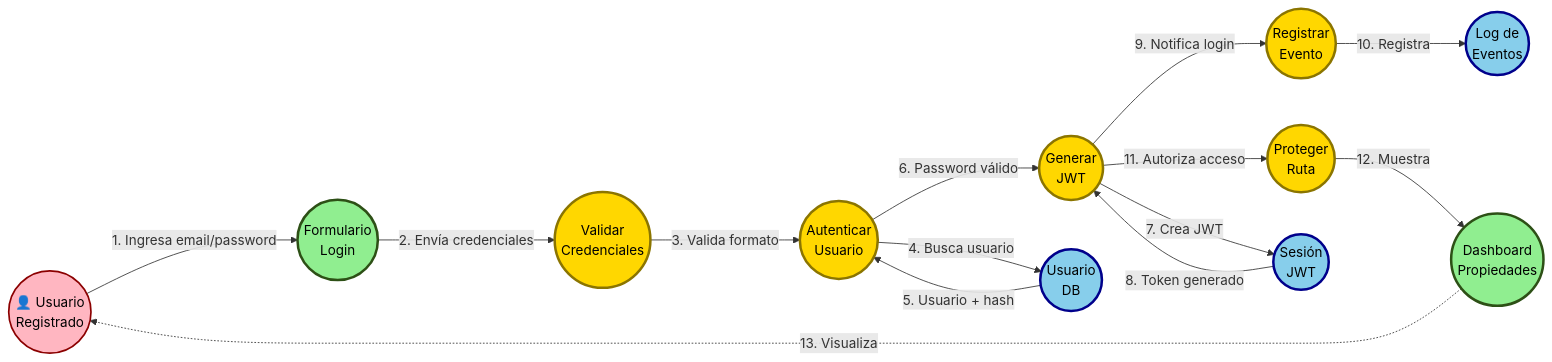
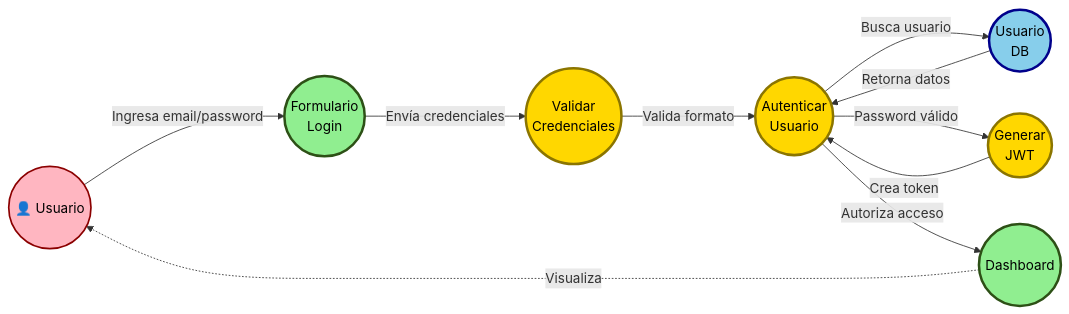
Before and after one commit to cgala/TFI_HybridParking: the second of 5 diagrams in diagrama-robustez-uml.md, drawn with Mermaid. The commit also changed other lines of this file and 1 other file, not shown here.

First line of the commit message:
Refactor: Optimizar diagramas de robustez UML

````diff
--- a/diagrama-robustez-uml.md
+++ b/diagrama-robustez-uml.md
@@ -101,44 +95,36 @@
 ```mermaid
 graph LR
-    Actor((👤 Usuario<br/>Registrado))
+    Actor((👤 Usuario))
 
     %% BOUNDARIES
     B1((Formulario<br/>Login))
-    B2((Dashboard<br/>Propiedades))
+    B2((Dashboard))
 
     %% CONTROLS
     C1((Validar<br/>Credenciales))
     C2((Autenticar<br/>Usuario))
     C3((Generar<br/>JWT))
-    C4((Proteger<br/>Ruta))
-    C5((Registrar<br/>Evento))
 
     %% ENTITIES
     E1((Usuario<br/>DB))
-    E2((Sesión<br/>JWT))
-    E3((Log de<br/>Eventos))
 
-    Actor -->|1. Ingresa email/password| B1
-    B1 -->|2. Envía credenciales| C1
-    C1 -->|3. Valida formato| C2
-    C2 -->|4. Busca usuario| E1
-    E1 -->|5. Usuario + hash| C2
-    C2 -->|6. Password válido| C3
-    C3 -->|7. Crea JWT| E2
-    E2 -->|8. Token generado| C3
-    C3 -->|9. Notifica login| C5
-    C5 -->|10. Registra| E3
-    C3 -->|11. Autoriza acceso| C4
-    C4 -->|12. Muestra| B2
-    B2 -.->|13. Visualiza| Actor
+    Actor -->|Ingresa email/password| B1
+    B1 -->|Envía credenciales| C1
+    C1 -->|Valida formato| C2
+    C2 -->|Busca usuario| E1
+    E1 -->|Retorna datos| C2
+    C2 -->|Password válido| C3
+    C3 -->|Crea token| C2
+    C2 -->|Autoriza acceso| B2
+    B2 -.->|Visualiza| Actor
 
     classDef boundary fill:#90EE90,stroke:#2d5016,stroke-width:3px,color:#000
     classDef control fill:#FFD700,stroke:#8B7500,stroke-width:3px,color:#000
     classDef entity fill:#87CEEB,stroke:#00008B,stroke-width:3px,color:#000
     classDef actor fill:#FFB6C1,stroke:#8B0000,stroke-width:2px,color:#000
 
     class B1,B2 boundary
-    class C1,C2,C3,C4,C5 control
-    class E1,E2,E3 entity
+    class C1,C2,C3 control
+    class E1 entity
     class Actor actor
 ```
````
